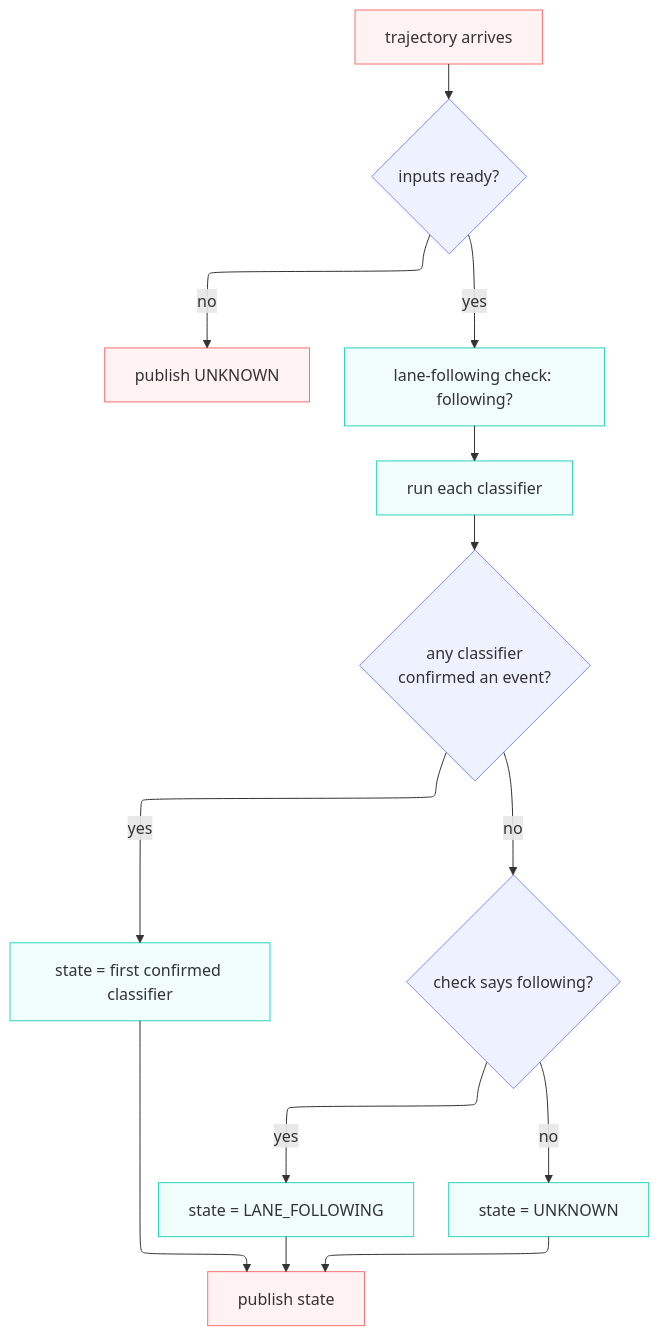
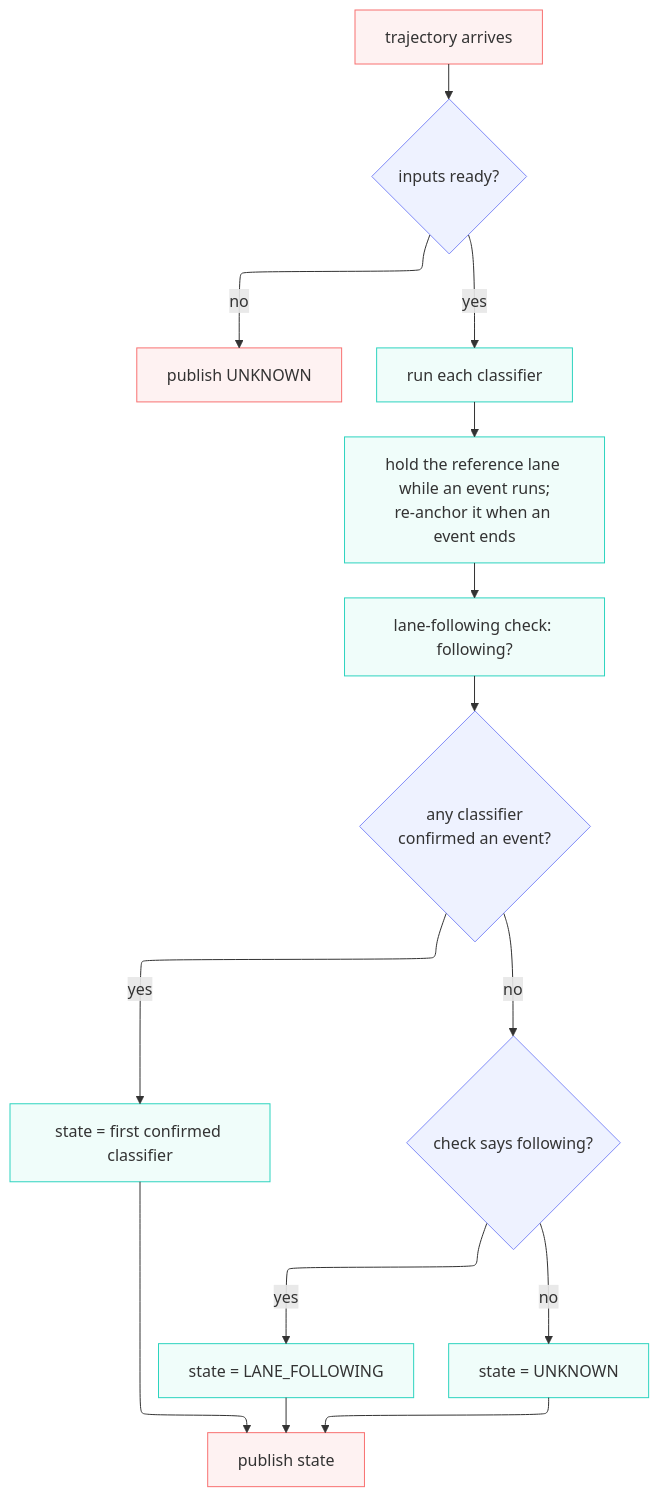
One commit to tier4/lane_event_classifier changed the diagram in lane_event_classifier/README.md. Above: the diagram before and after it, drawn with Mermaid. The commit also changed other lines of this file, not shown here.

Commit message:
docs: PDDP-882 re-anchor reference lane in the cycle an event ends

````diff
--- a/lane_event_classifier/README.md
+++ b/lane_event_classifier/README.md
@@ -80,27 +81,28 @@
 ```mermaid
 ---
 config:
   layout: elk
 ---
 flowchart TD
     A[trajectory arrives] --> B{inputs ready?}
     B -->|no| U[publish UNKNOWN]
-    B -->|yes| E[lane-following check: following?]
-    E --> F[run each classifier]
-    F --> G{any classifier<br/>confirmed an event?}
+    B -->|yes| F[run each classifier]
+    F --> R[hold the reference lane while an event runs;<br/>re-anchor it when an event ends]
+    R --> E[lane-following check: following?]
+    E --> G{any classifier<br/>confirmed an event?}
     G -->|yes| H[state = first confirmed classifier]
     G -->|no| I{check says following?}
     I -->|yes| J[state = LANE_FOLLOWING]
     I -->|no| K[state = UNKNOWN]
     H --> P[publish state]
     J --> P
     K --> P
 
     classDef decision stroke:#818cf8,fill:#eef2ff
     classDef process stroke:#2dd4bf,fill:#f0fdfa
     classDef output stroke:#f87171,fill:#fef2f2
 
     class B,G,I decision
-    class E,F,H,J,K process
+    class E,F,R,H,J,K process
     class A,U,P output
 ```
````
